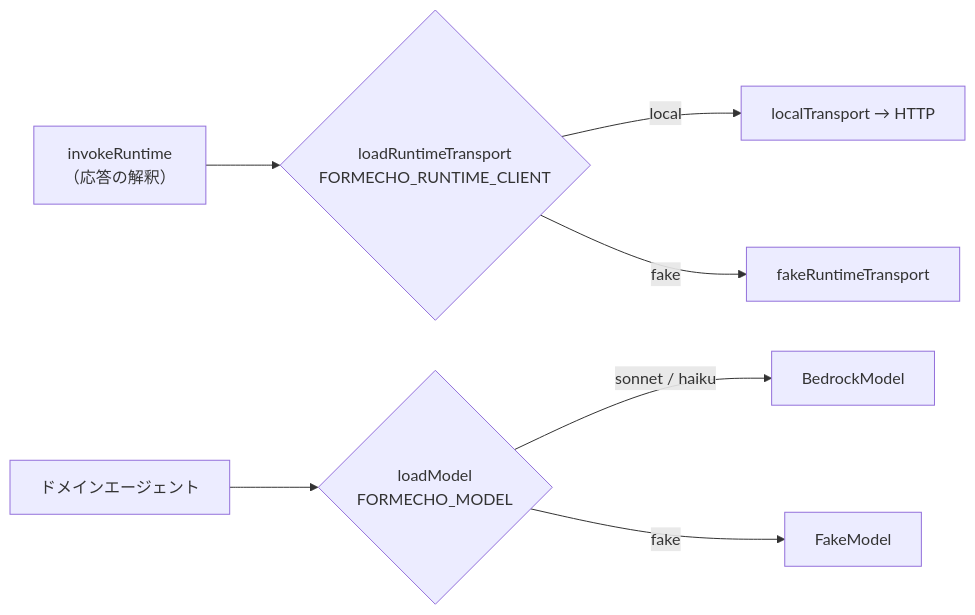
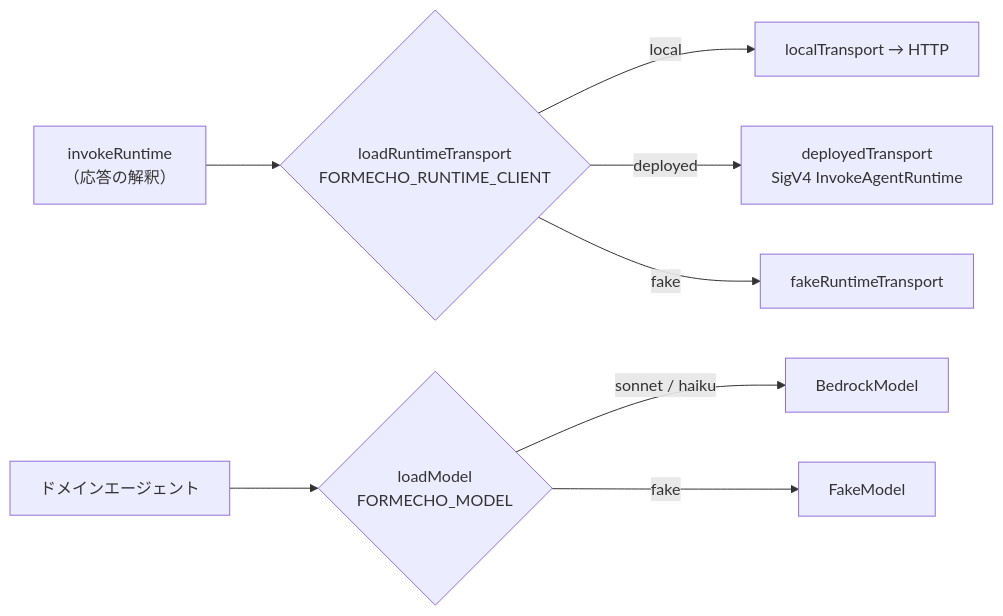
One commit to ag-ke-nakamura/form-echo-agent changed the fifth of 9 diagrams in docs/architecture.md. Above: the diagram before and after it, drawn with Mermaid. The commit also changed other lines of this file and 5 other files, not shown here.

````diff
--- a/docs/architecture.md
+++ b/docs/architecture.md
@@ -148,10 +149,11 @@
 ```mermaid
 graph LR
     BFFC["invokeRuntime<br/>（応答の解釈）"] --> TR{"loadRuntimeTransport<br/>FORMECHO_RUNTIME_CLIENT"}
     TR -->|local| L["localTransport → HTTP"]
+    TR -->|deployed| D["deployedTransport<br/>SigV4 InvokeAgentRuntime"]
     TR -->|fake| F["fakeRuntimeTransport"]
 
     AGN["ドメインエージェント"] --> ML{"loadModel<br/>FORMECHO_MODEL"}
     ML -->|sonnet / haiku| BM["BedrockModel"]
     ML -->|fake| FM["FakeModel"]
 ```
````
